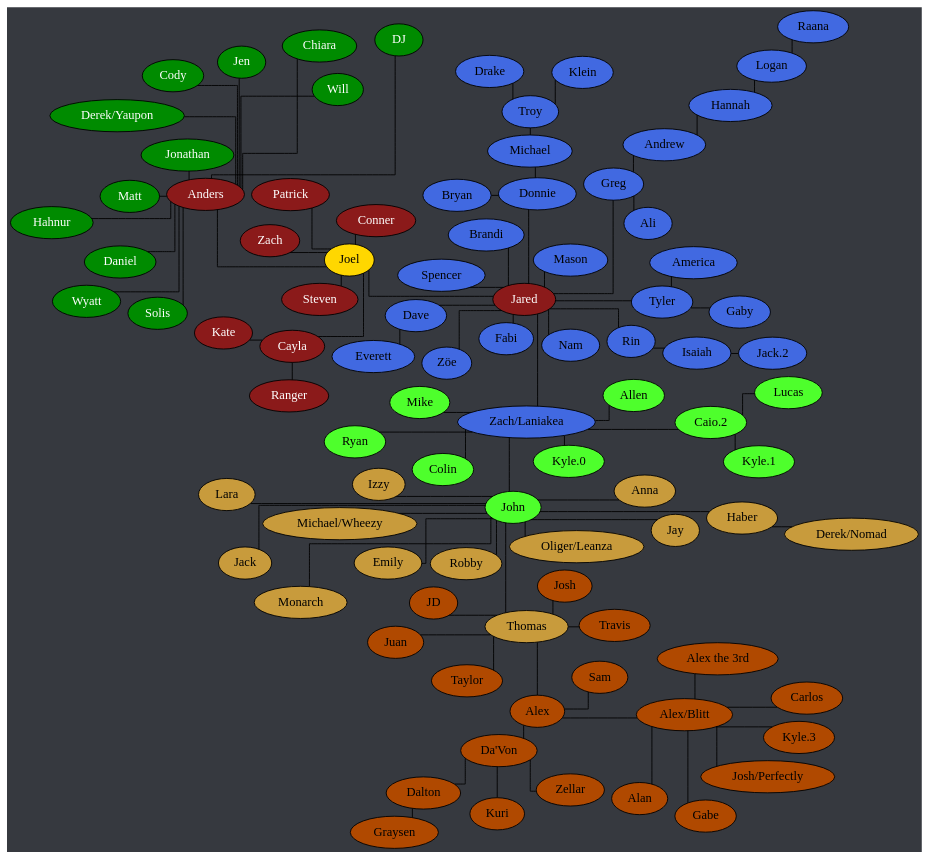
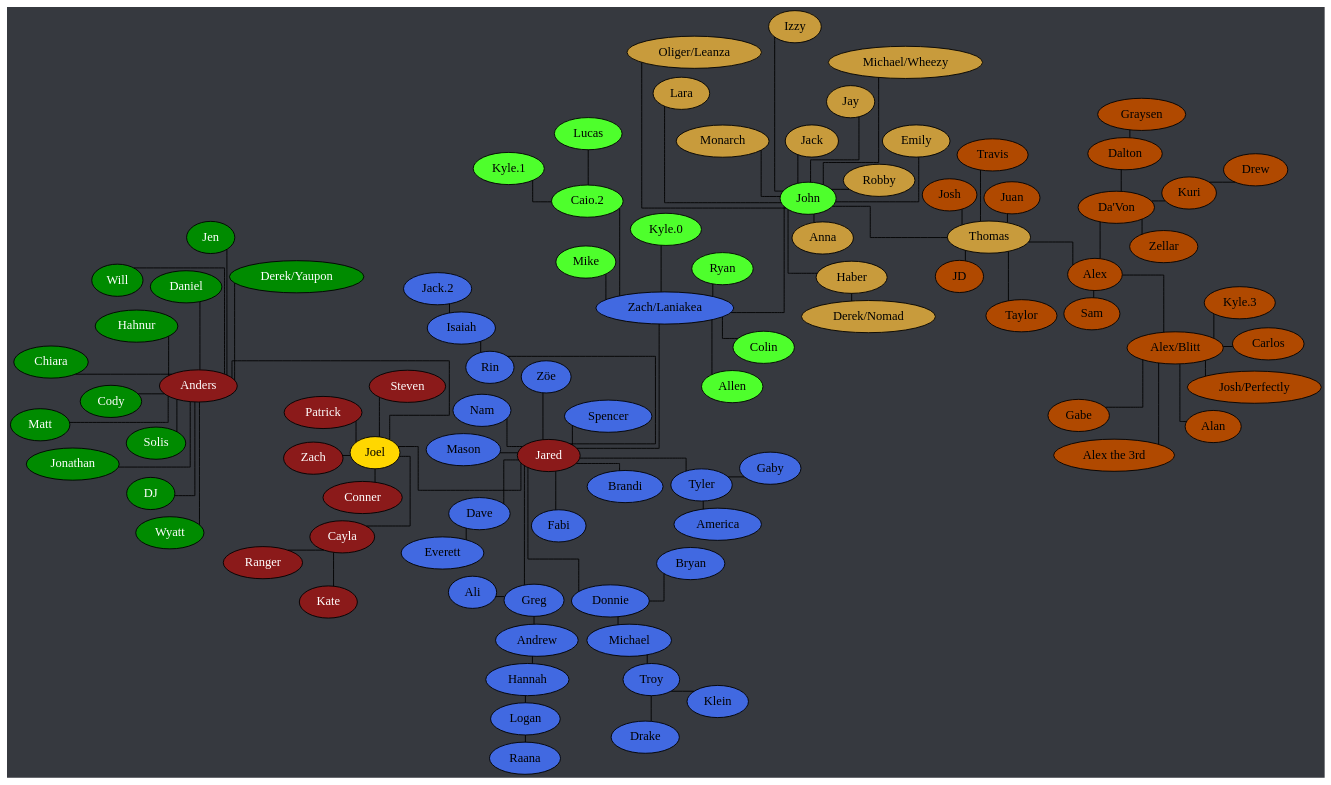
Before and after one commit to Documidas/CoronaCatzFamilyTree: the diagram in tree.dot, drawn with Graphviz. The commit also changed 2 other files, not shown here.

Commit message:
Add Drew

```diff
--- a/tree.dot
+++ b/tree.dot
@@ -1,138 +1,139 @@
 strict graph {
 	// Layout Configuration
 	layout = neato;
 	epsilon = 0.01;
 	mode = KK;
 	model = subset;
 	overlap = false;
 	splines = ortho;
 
 	// Visual Configuration
 	graph [truecolor=true bgcolor="#36393f"]
 	node [style=filled fillcolor="gray" fontcolor="black"]
 
 	subgraph "Joel" {
 		node [style=filled fillcolor="firebrick4" fontcolor="white"];
 		Joel [style=filled fillcolor="gold" fontcolor="black"];
 
 		Anders -- Joel;
 		Cayla -- Joel
 		Cayla -- Kate;
 		Cayla -- Ranger;
 		Joel -- Conner;
 		Joel -- Jared;
 		Joel -- Patrick;
 		Joel -- Steven;
 		Joel -- Zach;
 	}
 
 	subgraph "Anders" {
 		node [style=filled fillcolor="green4" fontcolor="white"];
 
 		Anders -- Chiara
 		Anders -- Cody;
 		Anders -- Daniel;
 		Anders -- "Derek/Yaupon";
 		Anders -- DJ;
 		Anders -- Hahnur;
 		Anders -- Jen;
 		Anders -- Jonathan;
 		Anders -- Matt;
 		Anders -- Solis;
 		Anders -- Will;
 		Anders -- Wyatt;
 	}
 
 	subgraph "Jared" {
 		node [style=filled fillcolor="royalblue" fontcolor="black"]
 
 		Andrew -- Hannah;
 		Dave -- Everett;
 		Donnie -- Bryan;
 		Donnie -- Michael;
 		Greg -- Ali;
 		Greg -- Andrew;
 		Hannah -- Logan;
 		Isaiah -- "Jack.2";
 		Jared -- Brandi;
 		Jared -- Dave;
 		Jared -- Donnie;
 		Jared -- Fabi;
 		Jared -- Greg;
 		Jared -- Mason;
 		Jared -- Nam;
 		Jared -- Rin;
 		Jared -- Spencer;
 		Jared -- Tyler;
 		Jared -- "Zach/Laniakea";
 		Jared -- "Zöe";
 		Logan -- Raana;
 		Michael -- Troy;
 		Rin -- Isaiah;
 		Tyler -- America;
 		Tyler -- Gaby;
 		Troy -- Drake;
 		Troy -- Klein;
 	}
 
 	subgraph "Zach/Laniakea" {
 		node [style=filled fillcolor="#4eff2c" fontcolor="black"]
 
 		"Caio.2" -- "Kyle.1";
 		"Caio.2" -- Lucas;
 		"Zach/Laniakea" -- Allen;
 		"Zach/Laniakea" -- "Caio.2";
 		"Zach/Laniakea" -- Colin;
 		"Zach/Laniakea" -- John [ len = 10 ];
 		"Zach/Laniakea" -- "Kyle.0";
 		"Zach/Laniakea" -- Mike;
 		"Zach/Laniakea" -- Ryan;
 	}
 
 	subgraph "John" {
 		node [style=filled fillcolor="#c89b3c" fontcolor="black"]
 
 		Haber -- "Derek/Nomad";
 		John -- Anna;
 		John -- Emily;
 		John -- Haber;
 		John -- Jay;
 		John -- Jack;
 		John -- Lara;
 		John -- Monarch;
 		John -- "Oliger/Leanza";
 		John -- Thomas;
 	}
 
 	subgraph "John-stream" {
 		// node [style=filled fillcolor="#9147ff" fontcolor="black"]
 		node [style=filled fillcolor="#c89b3c" fontcolor="black"]
 
 		John -- Izzy;
 		John -- "Michael/Wheezy";
 		John -- Robby;
 	}
 
 	subgraph "Thomas" {
 		node [style=filled fillcolor="#b04900" fontcolor="black"]
 		Alex -- "Alex/Blitt";
 		Alex -- "Da'Von";
 		Alex -- Sam;
 		"Alex/Blitt" -- Alan;
 		"Alex/Blitt" -- "Alex the 3rd";
 		"Alex/Blitt" -- Carlos;
 		"Alex/Blitt" -- Gabe;
 		"Alex/Blitt" -- "Kyle.3";
 		"Alex/Blitt" -- "Josh/Perfectly";
 		Dalton -- Graysen;
 		"Da'Von" -- Dalton;
 		"Da'Von" -- Kuri;
 		"Da'Von" -- Zellar;
+		Kuri -- Drew;
 		Thomas -- Alex;
 		Thomas -- JD;
 		Thomas -- Josh;
 		Thomas -- Juan;
 		Thomas -- Taylor;
 		Thomas -- Travis;
 	}
 }
```
